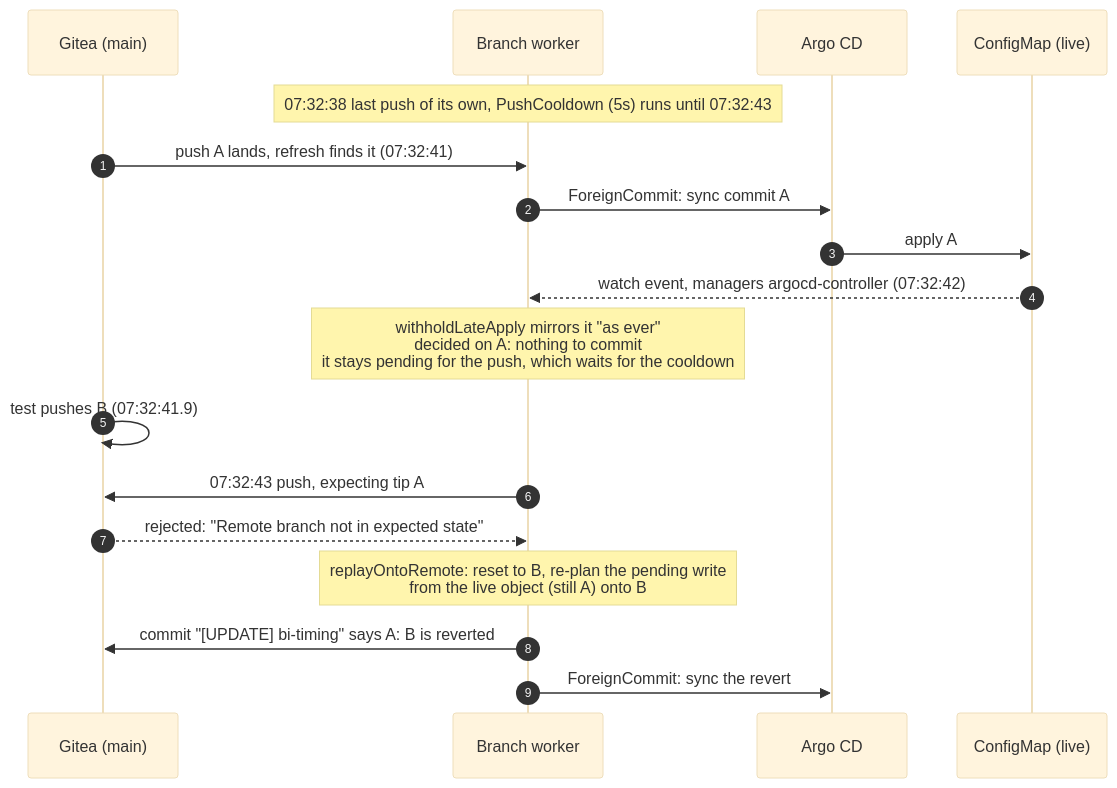
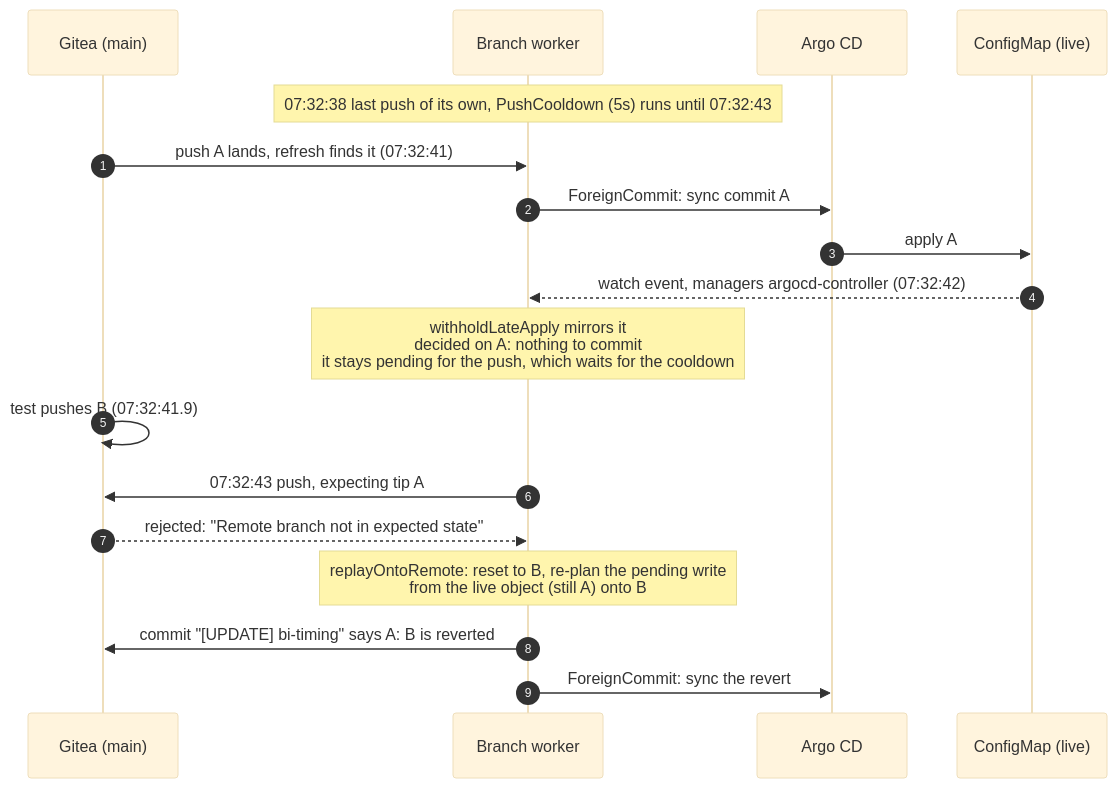
Before and after one commit to ConfigButler/gitops-reverser: the first of 6 diagrams in docs/design/applier-echoes.md, drawn with Mermaid (base theme). The commit also changed other lines of this file and 1 other file, not shown here.

````diff
--- a/docs/design/applier-echoes.md
+++ b/docs/design/applier-echoes.md
@@ -100,21 +93,21 @@
 ```mermaid
 sequenceDiagram
     autonumber
     participant G as Gitea (main)
     participant W as Branch worker
     participant A as Argo CD
     participant K as ConfigMap (live)
 
     Note over W: 07:32:38 last push of its own, PushCooldown (5s) runs until 07:32:43
     G->>W: push A lands, refresh finds it (07:32:41)
     W->>A: ForeignCommit: sync commit A
     A->>K: apply A
     K-->>W: watch event, managers argocd-controller (07:32:42)
-    Note over W: withholdLateApply mirrors it "as ever"<br/>decided on A: nothing to commit<br/>it stays pending for the push, which waits for the cooldown
+    Note over W: withholdLateApply mirrors it<br/>decided on A: nothing to commit<br/>it stays pending for the push, which waits for the cooldown
     G->>G: test pushes B (07:32:41.9)
     W->>G: 07:32:43 push, expecting tip A
     G-->>W: rejected: "Remote branch not in expected state"
     Note over W: replayOntoRemote: reset to B, re-plan the pending write<br/>from the live object (still A) onto B
     W->>G: commit "[UPDATE] bi-timing" says A: B is reverted
     W->>A: ForeignCommit: sync the revert
 ```
````
